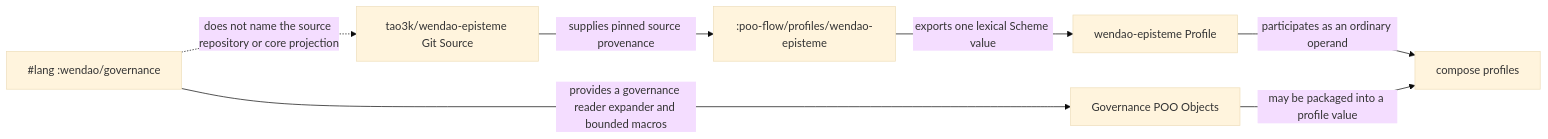
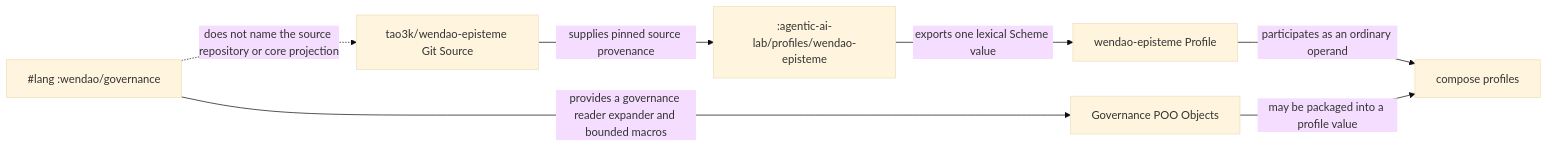
The second of 2 diagrams in module-system/design/45-80-repository-module-profile-and-governance-language-namespaces.org (tao3k/gebril-yuanxu), drawn with Mermaid (base theme) before and after one commit. The commit also changed other lines of this file and 507 other files, not shown here.

```diff
--- a/module-system/design/45-80-repository-module-profile-and-governance-language-namespaces.org
+++ b/module-system/design/45-80-repository-module-profile-and-governance-language-namespaces.org
@@ -317,9 +317,9 @@
 #+begin_src mermaid
 flowchart LR
-    R["tao3k/wendao-episteme Git Source"] -->|"supplies pinned source provenance"| P[":poo-flow/profiles/wendao-episteme"]
+    R["tao3k/wendao-episteme Git Source"] -->|"supplies pinned source provenance"| P[":agentic-ai-lab/profiles/wendao-episteme"]
     P -->|"exports one lexical Scheme value"| V["wendao-episteme Profile"]
     V -->|"participates as an ordinary operand"| C["compose profiles"]
     L["#lang :wendao/governance"] -->|"provides a governance reader expander and bounded macros"| O["Governance POO Objects"]
     O -->|"may be packaged into a profile value"| C
     L -.->|"does not name the source repository or core projection"| R
 #+end_src
```
